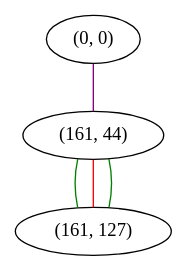
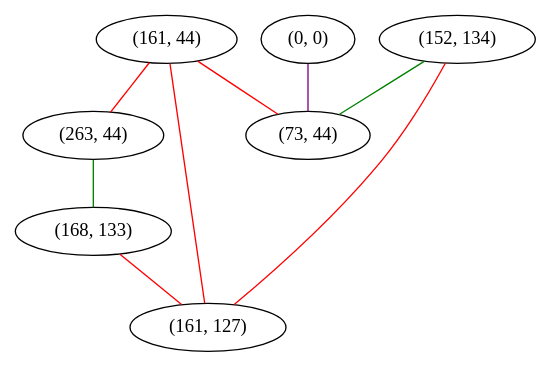
Before and after one commit to FelixMcFelix/sip-for-cv-paper: the diagram in graphviz/dejavu-sans/B-up.gv, drawn with Graphviz. The commit also changed 121 other files, not shown here.

First line of the commit message:
[MakeGraph] Better Graph Generation

```diff
--- a/graphviz/dejavu-sans/B-up.gv
+++ b/graphviz/dejavu-sans/B-up.gv
@@ -1,9 +1,17 @@
 graph "" {
 "(0, 0)";
 "(161, 44)";
+"(263, 44)";
+"(152, 134)";
+"(168, 133)";
+"(73, 44)";
 "(161, 127)";
-"(0, 0)" -- "(161, 44)"  [color=purple, key=0, weight=4];
-"(161, 44)" -- "(161, 127)"  [color=green, key=0, weight=2];
-"(161, 44)" -- "(161, 127)"  [color=red, key=1, weight=1];
-"(161, 44)" -- "(161, 127)"  [color=green, key=2, weight=2];
+"(0, 0)" -- "(73, 44)"  [color=purple, key=0, weight=4];
+"(161, 44)" -- "(263, 44)"  [color=red, key=0, weight=1];
+"(161, 44)" -- "(73, 44)"  [color=red, key=0, weight=1];
+"(161, 44)" -- "(161, 127)"  [color=red, key=0, weight=1];
+"(263, 44)" -- "(168, 133)"  [color=green, key=0, weight=2];
+"(152, 134)" -- "(73, 44)"  [color=green, key=0, weight=2];
+"(152, 134)" -- "(161, 127)"  [color=red, key=0, weight=1];
+"(168, 133)" -- "(161, 127)"  [color=red, key=0, weight=1];
 }
```
